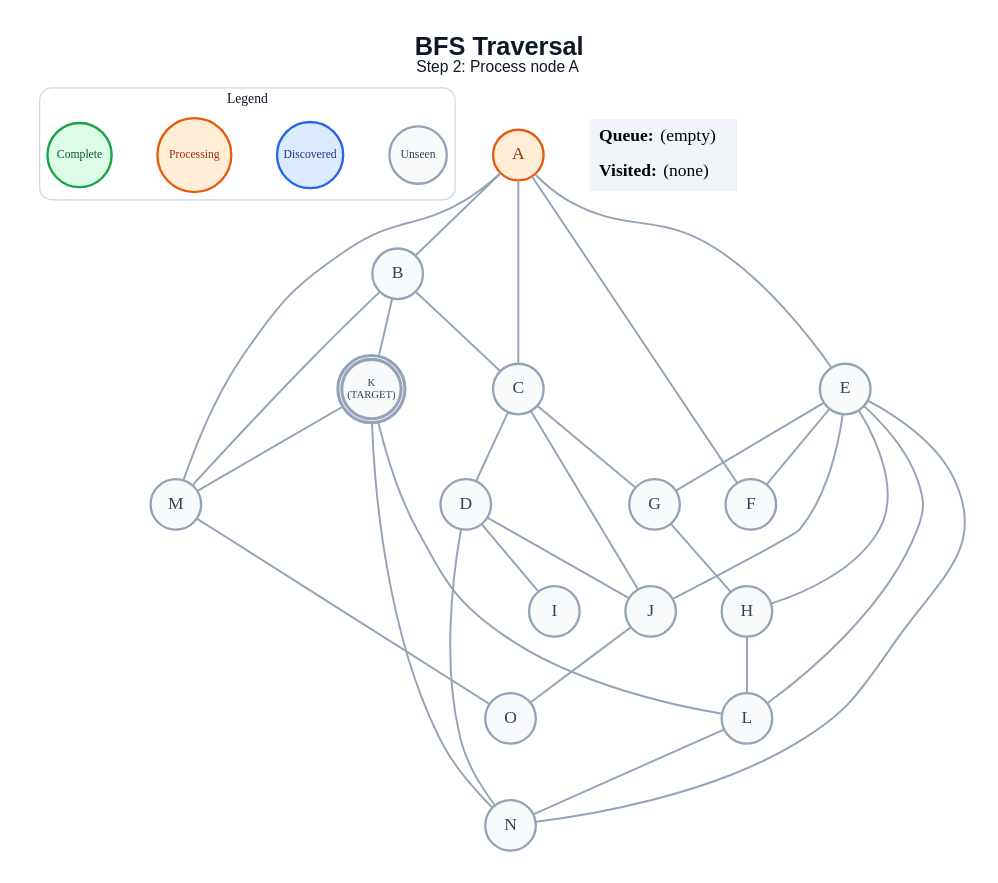
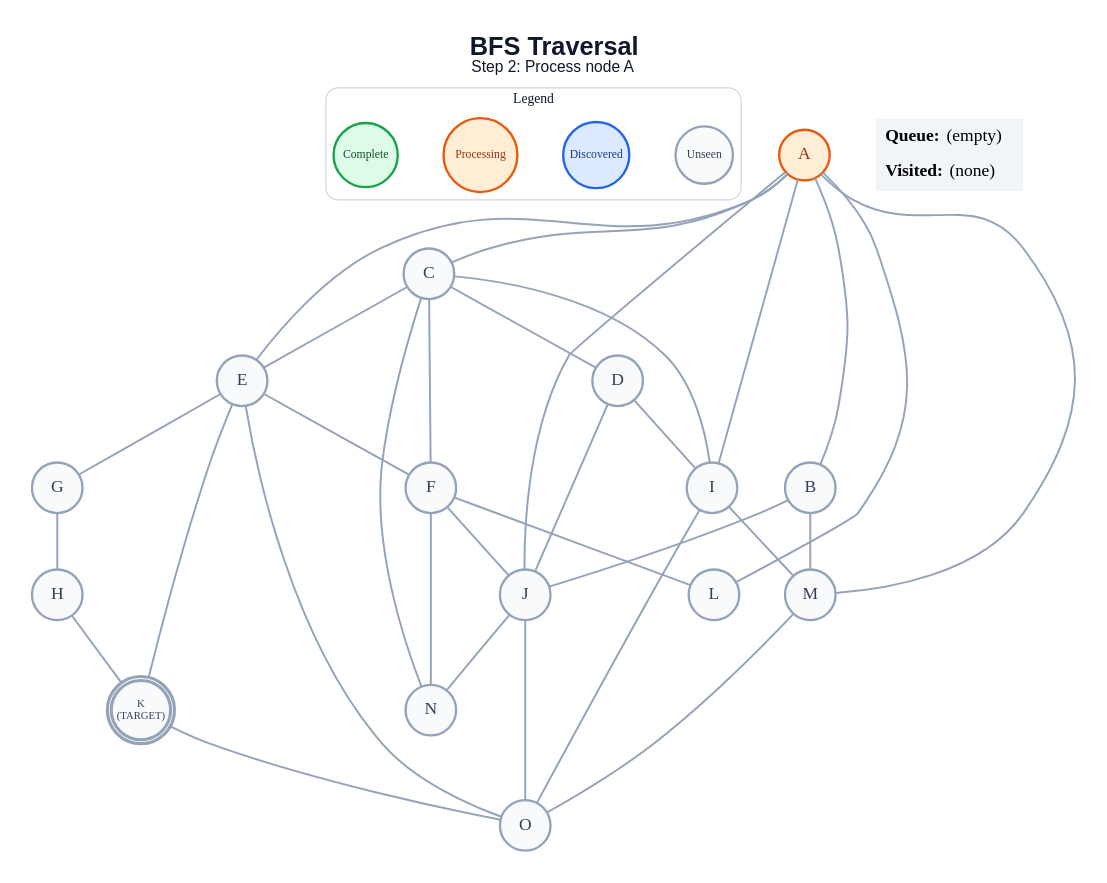
The diagram in generated/bfs/step_02.dot (anon7238593-create/ai-slop), drawn with Graphviz before and after one commit. The commit also changed 264 other files, not shown here.

```diff
--- a/generated/bfs/step_02.dot
+++ b/generated/bfs/step_02.dot
@@ -1,62 +1,65 @@
 graph traversal {
   graph [layout=dot, rankdir=TB, bgcolor="#FFFFFF", pad="0.35", nodesep="0.65", ranksep="0.8", fontname="Arial"];
   node [shape=circle, style="filled", fontname="Arial Bold", fontsize=18, width=0.72, fixedsize=true, penwidth=2.4];
   edge [color="#94A3B8", penwidth=2.0];
   label=<<B>BFS Traversal</B><BR/><FONT POINT-SIZE="16">Step 2: Process node A</FONT>>; labelloc="t"; fontsize=26; fontname="Arial"; fontcolor="#0F172A";
   subgraph cluster_legend { label="Legend"; color="#CBD5E1"; penwidth=1.2; style="rounded"; fontsize=14; fontname="Arial Bold";
     key_unseen [label="Unseen", fillcolor="#F8FAFC", color="#94A3B8", fontcolor="#334155", fontsize=12, width=0.82];
     key_frontier [label="Discovered", fillcolor="#DBEAFE", color="#2563EB", fontcolor="#1E3A8A", fontsize=12, width=0.95];
     key_current [label="Processing", fillcolor="#FFEDD5", color="#EA580C", fontcolor="#9A3412", fontsize=12, width=1.05];
     key_done [label="Complete", fillcolor="#DCFCE7", color="#16A34A", fontcolor="#14532D", fontsize=12, width=0.92];
     { rank=same; key_unseen; key_frontier; key_current; key_done; }
   }
   A [label="A", fillcolor="#FFEDD5", color="#EA580C", fontcolor="#9A3412", peripheries=1, penwidth=2.4];
   B [label="B", fillcolor="#F8FAFC", color="#94A3B8", fontcolor="#334155", peripheries=1, penwidth=2.4];
   C [label="C", fillcolor="#F8FAFC", color="#94A3B8", fontcolor="#334155", peripheries=1, penwidth=2.4];
   D [label="D", fillcolor="#F8FAFC", color="#94A3B8", fontcolor="#334155", peripheries=1, penwidth=2.4];
   E [label="E", fillcolor="#F8FAFC", color="#94A3B8", fontcolor="#334155", peripheries=1, penwidth=2.4];
   F [label="F", fillcolor="#F8FAFC", color="#94A3B8", fontcolor="#334155", peripheries=1, penwidth=2.4];
   G [label="G", fillcolor="#F8FAFC", color="#94A3B8", fontcolor="#334155", peripheries=1, penwidth=2.4];
   H [label="H", fillcolor="#F8FAFC", color="#94A3B8", fontcolor="#334155", peripheries=1, penwidth=2.4];
   I [label="I", fillcolor="#F8FAFC", color="#94A3B8", fontcolor="#334155", peripheries=1, penwidth=2.4];
   J [label="J", fillcolor="#F8FAFC", color="#94A3B8", fontcolor="#334155", peripheries=1, penwidth=2.4];
   K [label="K\n(TARGET)", fillcolor="#F8FAFC", color="#94A3B8", fontcolor="#334155", peripheries=2, penwidth=3.2, fontsize=11, width=0.85, height=0.85];
   L [label="L", fillcolor="#F8FAFC", color="#94A3B8", fontcolor="#334155", peripheries=1, penwidth=2.4];
   M [label="M", fillcolor="#F8FAFC", color="#94A3B8", fontcolor="#334155", peripheries=1, penwidth=2.4];
   N [label="N", fillcolor="#F8FAFC", color="#94A3B8", fontcolor="#334155", peripheries=1, penwidth=2.4];
   O [label="O", fillcolor="#F8FAFC", color="#94A3B8", fontcolor="#334155", peripheries=1, penwidth=2.4];
   A -- B;
   A -- C;
   A -- E;
-  A -- F;
+  A -- I;
+  A -- J;
+  A -- L;
   A -- M;
-  B -- C;
-  B -- K;
+  B -- J;
   B -- M;
   C -- D;
-  C -- G;
-  C -- J;
+  C -- E;
+  C -- F;
+  C -- I;
+  C -- N;
   D -- I;
   D -- J;
-  D -- N;
   E -- F;
   E -- G;
-  E -- H;
-  E -- J;
-  E -- L;
-  E -- N;
+  E -- K;
+  E -- O;
+  F -- J;
+  F -- L;
+  F -- N;
   G -- H;
-  H -- L;
+  H -- K;
+  I -- M;
+  I -- O;
+  J -- N;
   J -- O;
-  K -- L;
-  K -- M;
-  K -- N;
-  L -- N;
+  K -- O;
   M -- O;
   status [shape=plain, fixedsize=false, width=0, height=0, margin=0, label=<
     <TABLE BORDER="0" CELLBORDER="0" CELLPADDING="7" BGCOLOR="#F1F5F9">
       <TR><TD ALIGN="LEFT"><B>Queue:</B> (empty)</TD></TR>
       <TR><TD ALIGN="LEFT"><B>Visited:</B> (none)</TD></TR>
     </TABLE>
   >];
 }
```
